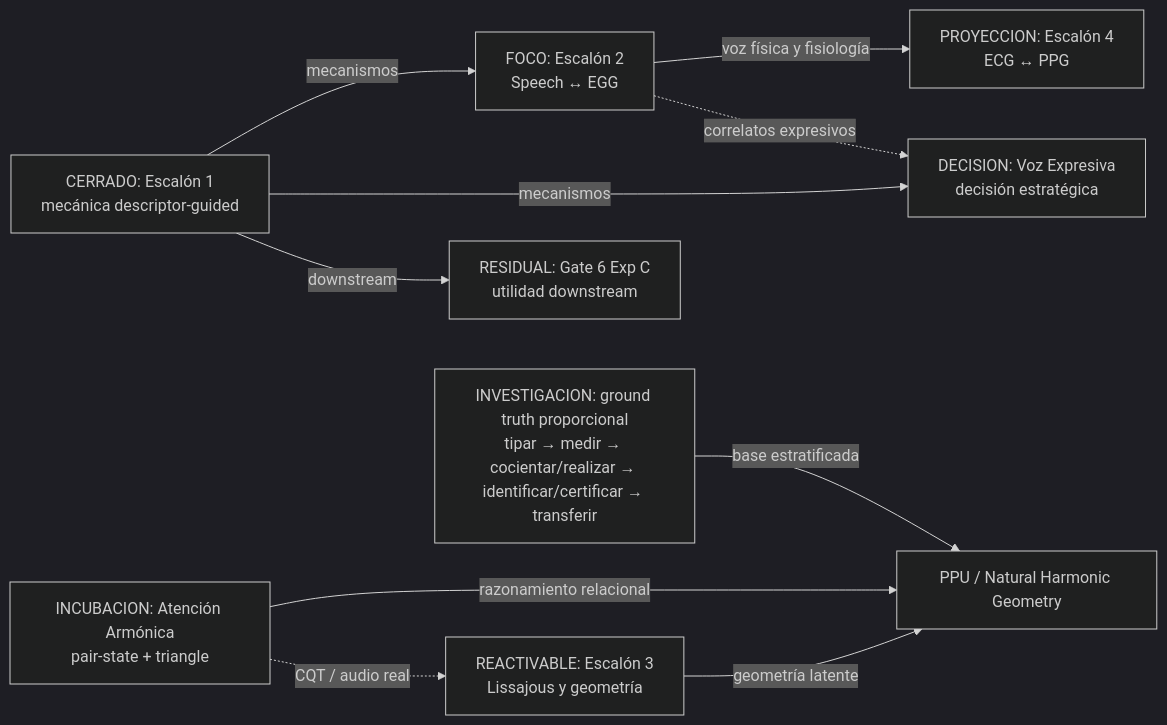
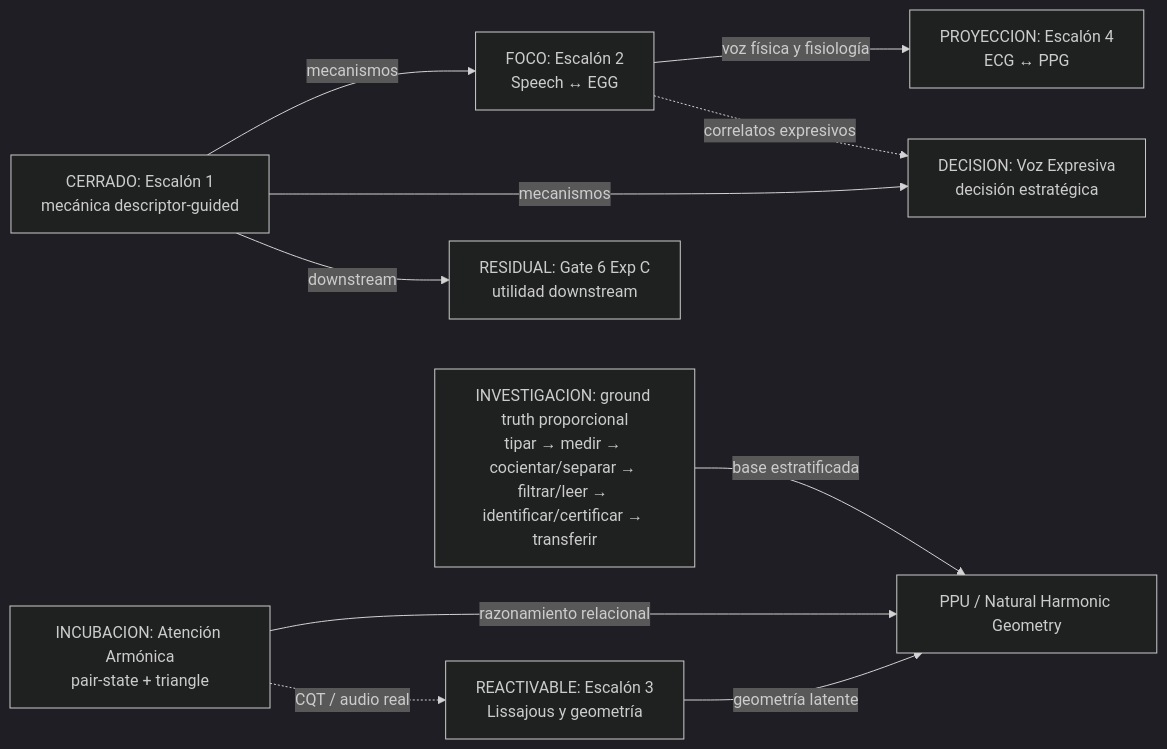
The first of 2 diagrams in Documents/05_WIKI/MAPA_VISUAL_DEL_PROGRAMA.md (Mar-IA-no/Phideus), drawn with Mermaid (dark theme) before and after one commit. The commit also changed other lines of this file and 10 other files, not shown here.

Commit message:
docs: integrate proportional ground-truth wave 18

````diff
--- a/Documents/05_WIKI/MAPA_VISUAL_DEL_PROGRAMA.md
+++ b/Documents/05_WIKI/MAPA_VISUAL_DEL_PROGRAMA.md
@@ -36,22 +36,22 @@
 ```mermaid
 flowchart LR
     E1["CERRADO: Escalón 1<br/>mecánica descriptor-guided"]
     G6["RESIDUAL: Gate 6 Exp C<br/>utilidad downstream"]
     E2["FOCO: Escalón 2<br/>Speech ↔ EGG"]
     VE["DECISION: Voz Expresiva<br/>decisión estratégica"]
     E3["REACTIVABLE: Escalón 3<br/>Lissajous y geometría"]
     AA["INCUBACION: Atención Armónica<br/>pair-state + triangle"]
     E4["PROYECCION: Escalón 4<br/>ECG ↔ PPG"]
     PPU["PPU / Natural Harmonic Geometry"]
-    GT["INVESTIGACION: ground truth proporcional<br/>tipar → medir → cocientar/realizar → identificar/certificar → transferir"]
+    GT["INVESTIGACION: ground truth proporcional<br/>tipar → medir → cocientar/separar → filtrar/leer → identificar/certificar → transferir"]
 
     E1 -->|mecanismos| E2
     E1 -->|mecanismos| VE
     E1 -->|downstream| G6
     E2 -->|voz física y fisiología| E4
     E2 -.->|correlatos expresivos| VE
     E3 -->|geometría latente| PPU
     AA -->|razonamiento relacional| PPU
     GT -->|base estratificada| PPU
     AA -.->|CQT / audio real| E3
 ```
````
